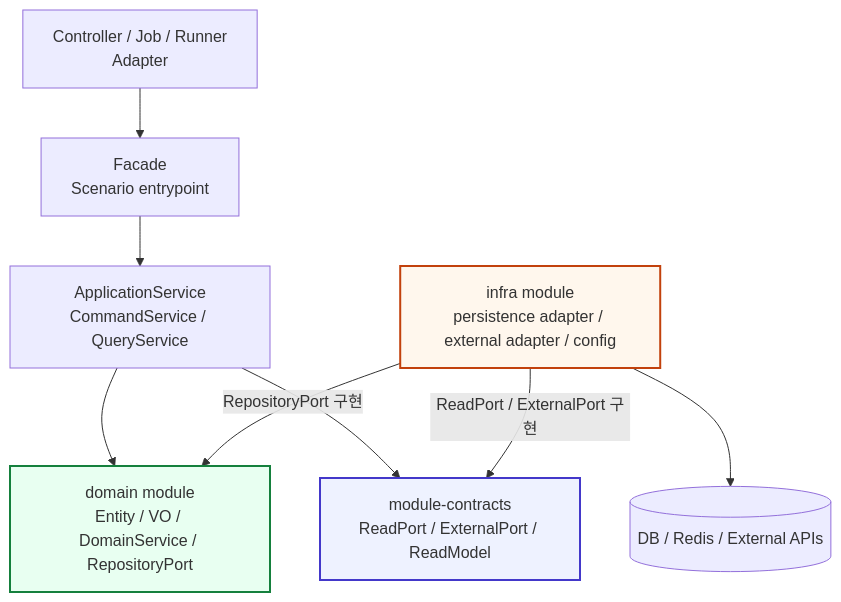
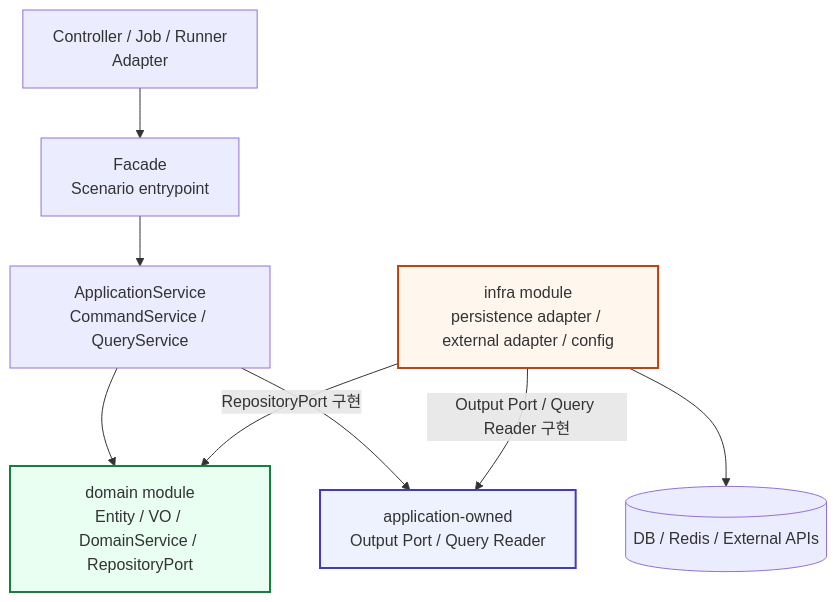
Before and after one commit to TEAM-BEAT/BEAT-SERVER: the first of 14 diagrams in core/infra/README.md, drawn with Mermaid. The commit also changed other lines of this file and 515 other files, not shown here.

````diff
--- a/core/infra/README.md
+++ b/core/infra/README.md
@@ -46,22 +46,22 @@
 ```mermaid
 flowchart TB
     Controller[Controller / Job / Runner<br/>Adapter]
     Facade[Facade<br/>Scenario entrypoint]
     App[ApplicationService<br/>CommandService / QueryService]
     Domain[domain module<br/>Entity / VO / DomainService / RepositoryPort]
-    Contracts[module-contracts<br/>ReadPort / ExternalPort / ReadModel]
+    Ports[application-owned<br/>Output Port / Query Reader]
     Infra[infra module<br/>persistence adapter / external adapter / config]
     External[(DB / Redis / External APIs)]
 
     Controller --> Facade
     Facade --> App
     App --> Domain
-    App --> Contracts
+    App --> Ports
     Infra -->|RepositoryPort 구현| Domain
-    Infra -->|ReadPort / ExternalPort 구현| Contracts
+    Infra -->|Output Port / Query Reader 구현| Ports
     Infra --> External
 
     style Domain fill:#e8fff1,stroke:#15803d,stroke-width:2px
-    style Contracts fill:#eef2ff,stroke:#4338ca,stroke-width:2px
+    style Ports fill:#eef2ff,stroke:#4338ca,stroke-width:2px
     style Infra fill:#fff7ed,stroke:#c2410c,stroke-width:2px
 ```
````
